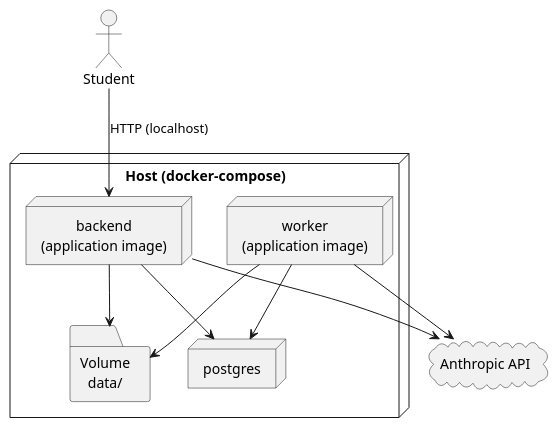
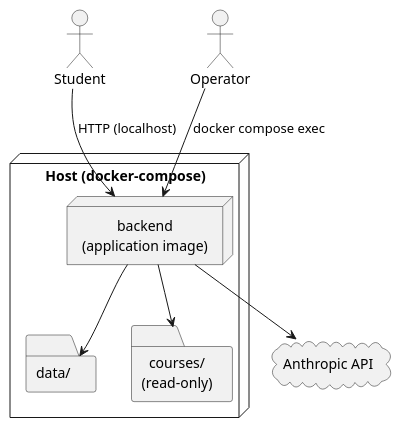
The diagram in docs/arc42/diagrams/deployment.puml (leon-hrk/iknownothing), drawn with PlantUML before and after one commit. The commit also changed 42 other files, not shown here.

First line of the commit message:
feat: add Docker setup, users, and operator courses

```diff
--- a/docs/arc42/diagrams/deployment.puml
+++ b/docs/arc42/diagrams/deployment.puml
@@ -1,22 +1,20 @@
 @startuml
 skinparam shadowing false
 skinparam defaultTextAlignment center
 
 actor "Student" as student
+actor "Operator" as operator
 cloud "Anthropic API" as ai
 
 node "Host (docker-compose)" {
   node "backend\n(application image)" as backend
-  node "worker\n(application image)" as worker
-  node "postgres" as db
-  folder "Volume\ndata/" as fs
+  folder "data/" as fs
+  folder "courses/\n(read-only)" as courses
 }
 
 student --> backend : HTTP (localhost)
-backend --> db
+operator --> backend : docker compose exec
 backend --> fs
+backend --> courses
 backend --> ai
-worker --> db
-worker --> fs
-worker --> ai
 @enduml
```
